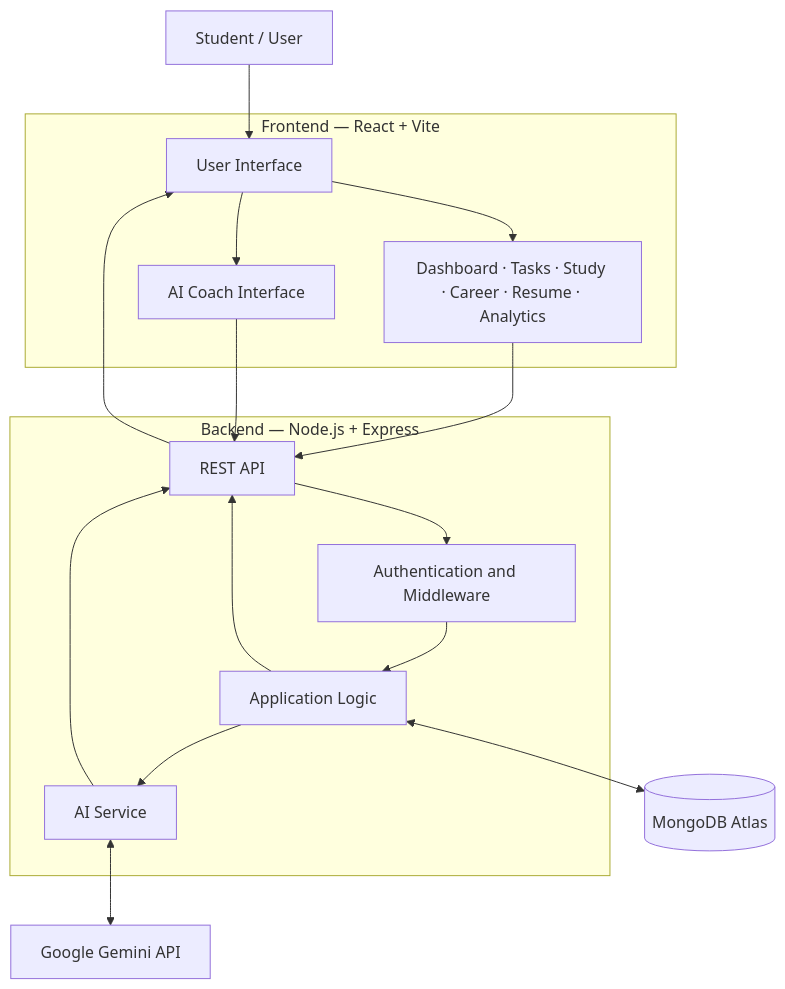
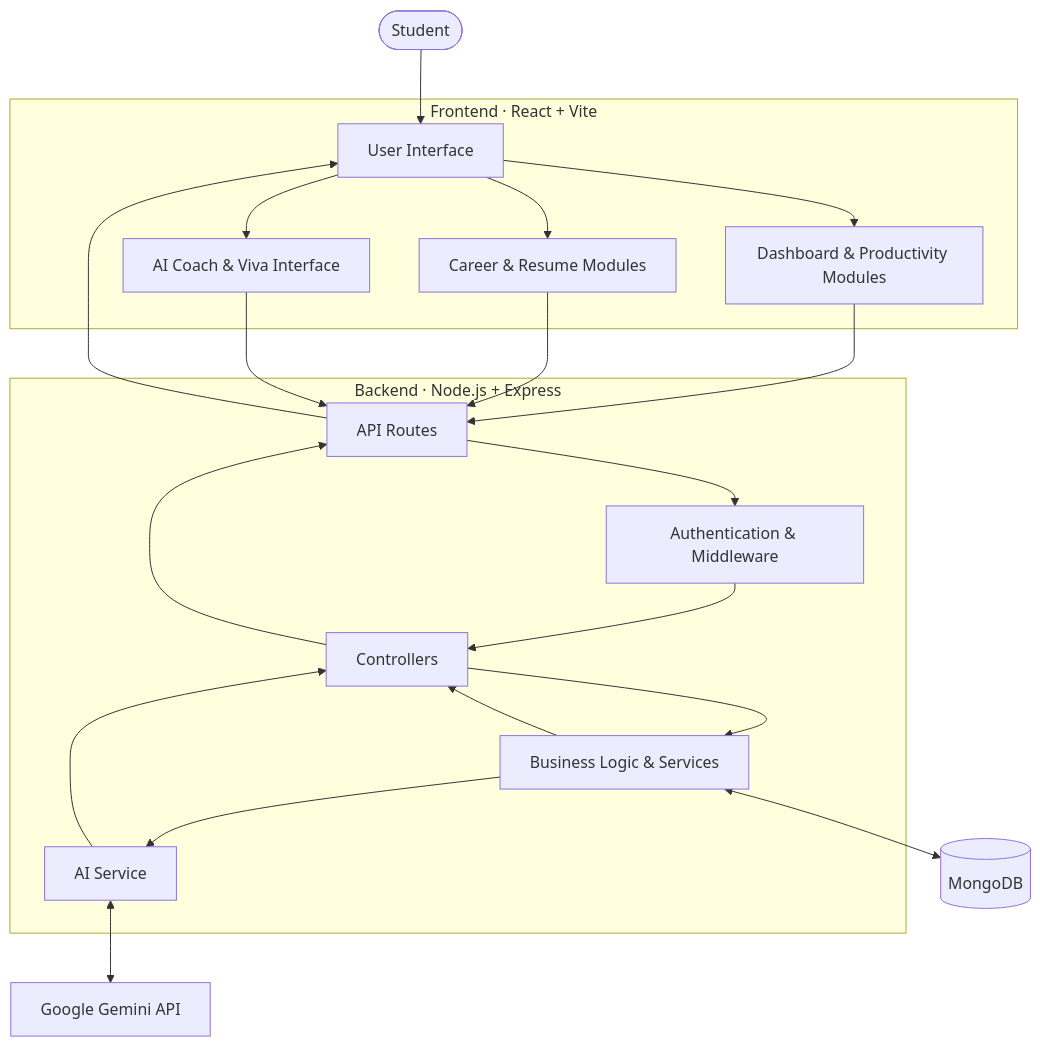
Before and after one commit to CodeX-Anurag/NEXORA-: the first of 2 diagrams in README.md, drawn with Mermaid. The commit also changed other lines of this file, not shown here.

````diff
--- a/README.md
+++ b/README.md
@@ -97,38 +156,44 @@
 ```mermaid
-flowchart TD
-    User["Student / User"]
+flowchart TB
+    Student(["Student"])
 
-    subgraph Frontend["Frontend — React + Vite"]
+    subgraph Client["Frontend · React + Vite"]
         UI["User Interface"]
-        Modules["Dashboard · Tasks · Study · Career · Resume · Analytics"]
-        AIUI["AI Coach Interface"]
+        Dashboard["Dashboard & Productivity Modules"]
+        Career["Career & Resume Modules"]
+        AIChat["AI Coach & Viva Interface"]
     end
 
-    subgraph Backend["Backend — Node.js + Express"]
-        API["REST API"]
-        Auth["Authentication and Middleware"]
-        Logic["Application Logic"]
+    subgraph Server["Backend · Node.js + Express"]
+        Routes["API Routes"]
+        Middleware["Authentication & Middleware"]
+        Controllers["Controllers"]
+        Services["Business Logic & Services"]
         AIService["AI Service"]
     end
 
-    DB[("MongoDB Atlas")]
-    Gemini["Google Gemini API"]
+    Database[("MongoDB")]
+    AIProvider["Google Gemini API"]
 
-    User --> UI
-    UI --> Modules
-    UI --> AIUI
+    Student --> UI
+    UI --> Dashboard
+    UI --> Career
+    UI --> AIChat
 
-    Modules --> API
-    AIUI --> API
+    Dashboard --> Routes
+    Career --> Routes
+    AIChat --> Routes
 
-    API --> Auth
-    Auth --> Logic
+    Routes --> Middleware
+    Middleware --> Controllers
+    Controllers --> Services
 
-    Logic <--> DB
-    Logic --> AIService
-    AIService <--> Gemini
+    Services <--> Database
+    Services --> AIService
+    AIService <--> AIProvider
 
-    Logic --> API
-    AIService --> API
-    API --> UI
+    Services --> Controllers
+    AIService --> Controllers
+    Controllers --> Routes
+    Routes --> UI
 ```
````
